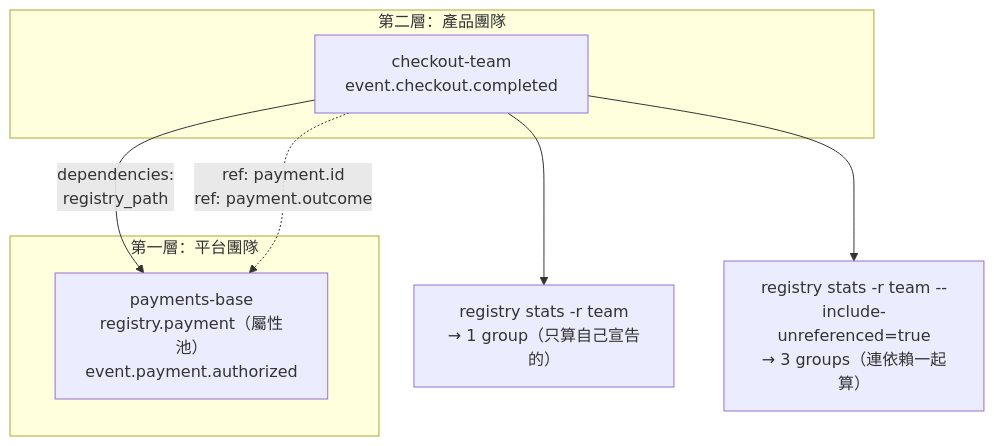
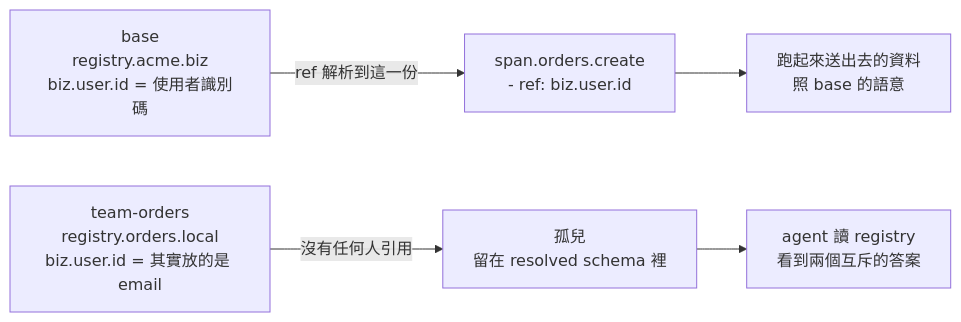
The second of 3 diagrams in weaver-demo/ironman-2026/day08.md (tedmax100/o11y-bench), drawn with Mermaid before and after one commit. The commit also changed other lines of this file and 1 other file, not shown here.

````diff
--- a/weaver-demo/ironman-2026/day08.md
+++ b/weaver-demo/ironman-2026/day08.md
@@ -138,16 +205,11 @@
 ```mermaid
-flowchart TB
-    subgraph L1["第一層：平台團隊"]
-      B["payments-base<br/>registry.payment（屬性池）<br/>event.payment.authorized"]
-    end
-    subgraph L2["第二層：產品團隊"]
-      T["checkout-team<br/>event.checkout.completed"]
-    end
-    T -->|"dependencies:<br/>registry_path"| B
-    T -.->|"ref: payment.id<br/>ref: payment.outcome"| B
+flowchart LR
+    B["base<br/>registry.acme.biz<br/>biz.user.id = 使用者識別碼"]
+    L["team-orders<br/>registry.orders.local<br/>biz.user.id = 其實放的是 email"]
+    S["span.orders.create<br/>- ref: biz.user.id"]
 
-    S1["registry stats -r team<br/>→ 1 group（只算自己宣告的）"]
-    S2["registry stats -r team --include-unreferenced=true<br/>→ 3 groups（連依賴一起算）"]
-    T --> S1
-    T --> S2
+    B -->|"ref 解析到這一份"| S
+    L -->|"沒有任何人引用"| O["孤兒<br/>留在 resolved schema 裡"]
+    S --> R["跑起來送出去的資料<br/>照 base 的語意"]
+    O --> A["agent 讀 registry<br/>看到兩個互斥的答案"]
 ```
````
